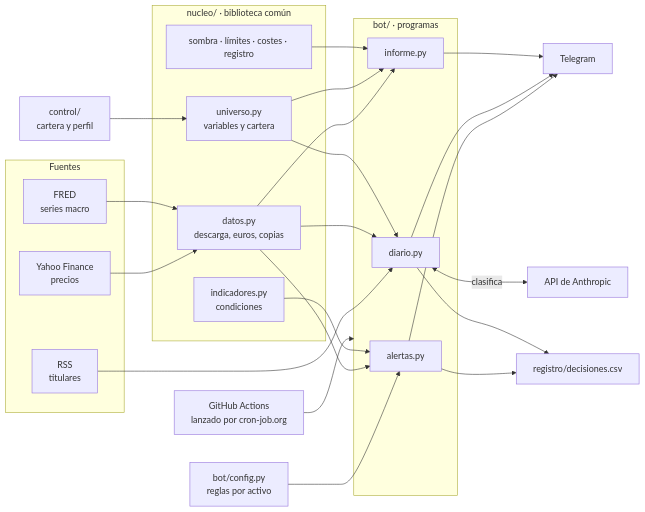
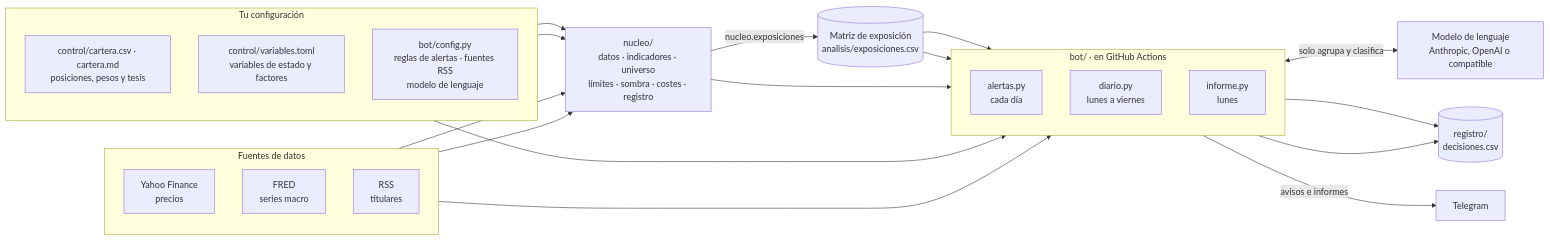
One commit to iyantp/asistente-financiero changed the diagram in README.md. Above: the diagram before and after it, drawn with Mermaid. The commit also changed other lines of this file and 25 other files, not shown here.

````diff
--- a/README.md
+++ b/README.md
@@ -39,32 +70,37 @@
 ```mermaid
 flowchart LR
-    subgraph Fuentes
+    subgraph SRC[Fuentes de datos]
+        direction TB
         Y[Yahoo Finance<br/>precios]
         F[FRED<br/>series macro]
         R[RSS<br/>titulares]
     end
-    subgraph nucleo[nucleo/ · biblioteca común]
-        D[datos.py<br/>descarga, euros, copias]
-        I[indicadores.py<br/>condiciones]
-        U[universo.py<br/>variables y cartera]
-        O[sombra · límites · costes · registro]
+    subgraph CFG[Tu configuración]
+        direction TB
+        CA[control/cartera.csv · cartera.md<br/>posiciones, pesos y tesis]
+        VA[control/variables.toml<br/>variables de estado y factores]
+        CB[bot/config.py<br/>reglas de alertas · fuentes RSS<br/>modelo de lenguaje]
     end
-    subgraph bot[bot/ · programas]
-        A[alertas.py]
-        DI[diario.py]
-        IN[informe.py]
+    N[nucleo/<br/>datos · indicadores · universo<br/>límites · sombra · costes · registro]
+    M[(Matriz de exposición<br/>analisis/exposiciones.csv)]
+    subgraph BOT[bot/ · en GitHub Actions]
+        direction TB
+        A[alertas.py<br/>cada día]
+        D[diario.py<br/>lunes a viernes]
+        I[informe.py<br/>lunes]
     end
-    C[control/<br/>cartera y perfil] --> U
-    CF[bot/config.py<br/>reglas por activo] --> A
-    Y --> D
-    F --> D
-    R --> DI
-    D --> A & DI & IN
-    I --> A
-    U --> DI & IN
-    O --> IN
-    DI <-->|clasifica| LLM[API de Anthropic]
-    A & DI & IN --> T[Telegram]
-    A & DI --> RG[registro/decisiones.csv]
-    GA[GitHub Actions<br/>lanzado por cron-job.org] --> bot
+    LLM[Modelo de lenguaje<br/>Anthropic, OpenAI o compatible]
+    T[Telegram]
+    RG[(registro/<br/>decisiones.csv)]
+
+    Y & F --> N
+    CA & VA --> N
+    N -->|nucleo.exposiciones| M
+    N --> BOT
+    CB --> BOT
+    M --> D & I
+    R --> D
+    D <-->|solo agrupa y clasifica| LLM
+    BOT -->|avisos e informes| T
+    A & D --> RG
 ```
````
